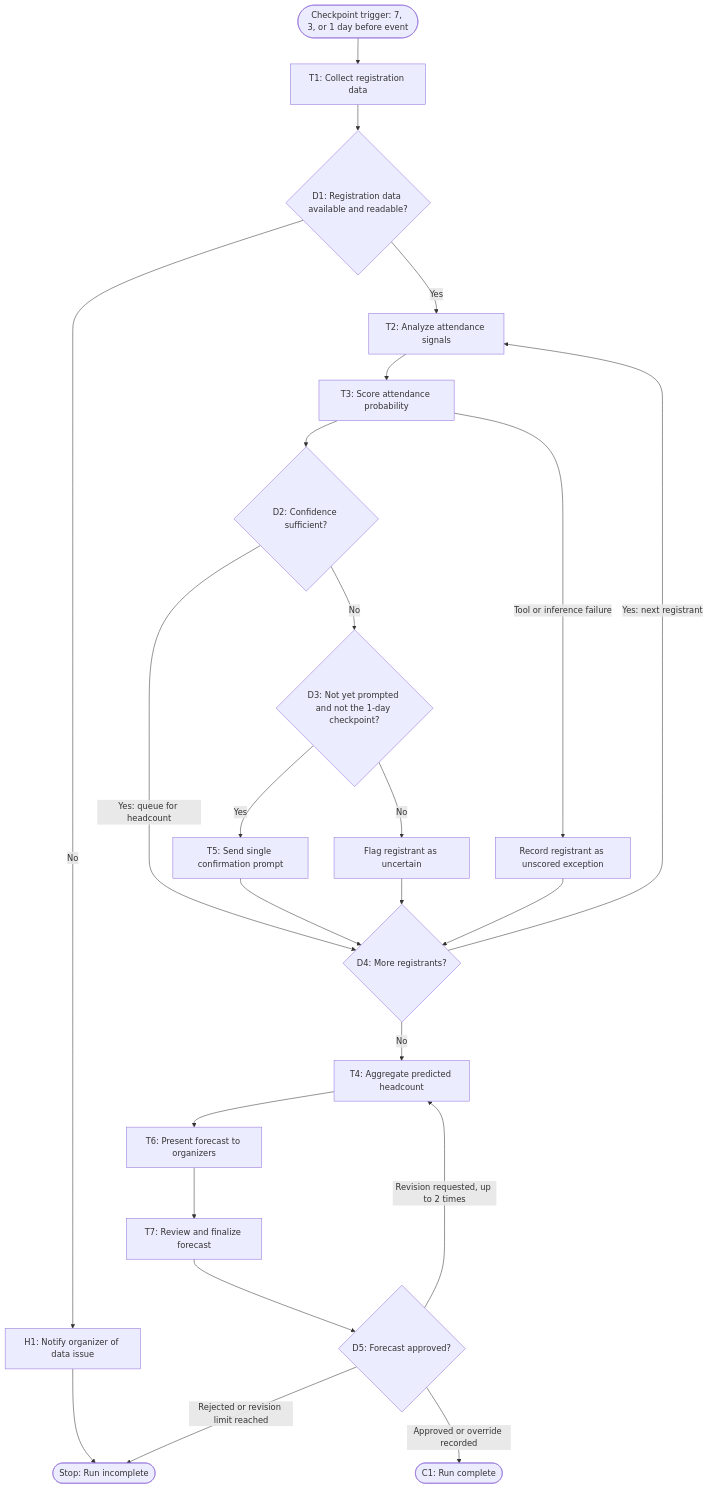
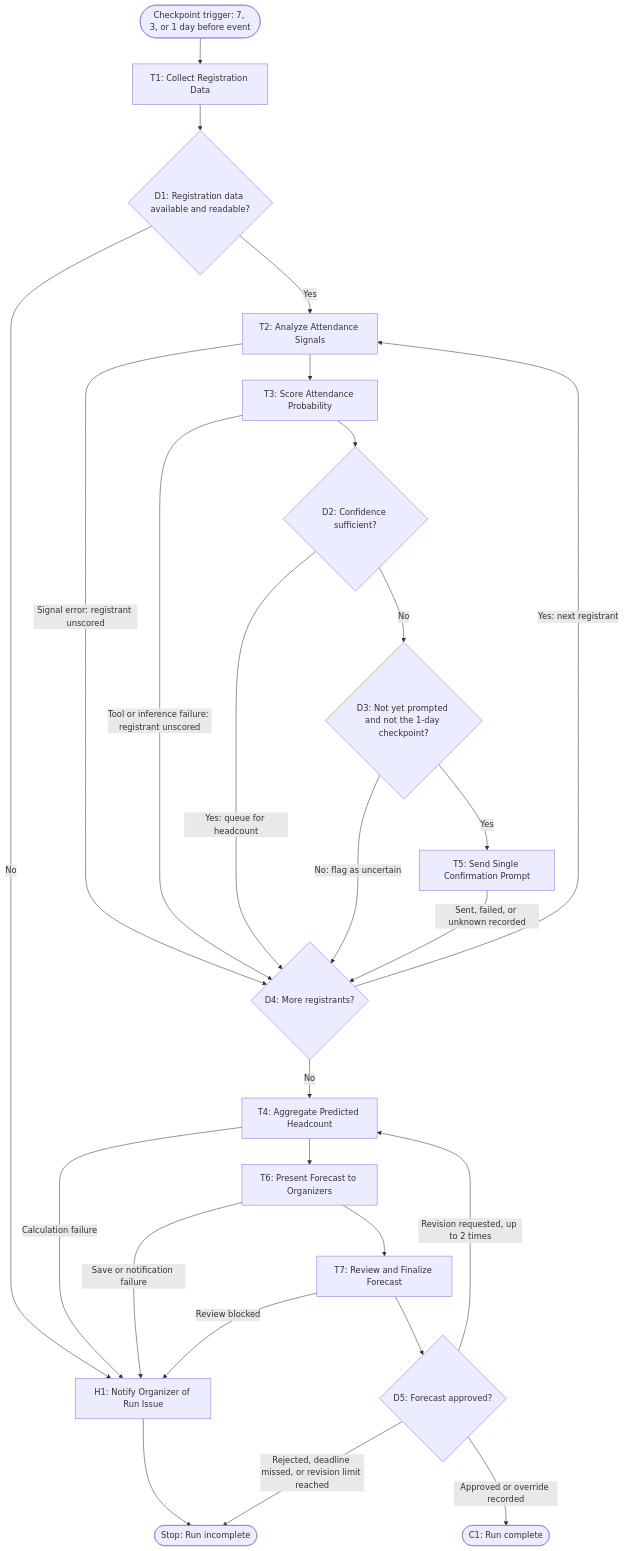
One commit to ChrisLim7/BUS4498_InClass_Builds changed the diagram in my_first_agent/agent/workflow-of-tasks.md. Above: the diagram before and after it, drawn with Mermaid. The commit also changed other lines of this file, not shown here.

Commit message:
Add failure paths and align task names with specifications

````diff
--- a/my_first_agent/agent/workflow-of-tasks.md
+++ b/my_first_agent/agent/workflow-of-tasks.md
@@ -29,26 +57,28 @@
 ```mermaid
 flowchart TD
-    S0([Checkpoint trigger: 7, 3, or 1 day before event]) --> T1[T1: Collect registration data]
+    S0([Checkpoint trigger: 7, 3, or 1 day before event]) --> T1[T1: Collect Registration Data]
     T1 --> D1{D1: Registration data available and readable?}
-    D1 -->|No| H1[H1: Notify organizer of data issue]
+    D1 -->|No| H1[H1: Notify Organizer of Run Issue]
     H1 --> E1([Stop: Run incomplete])
-    D1 -->|Yes| T2[T2: Analyze attendance signals]
-    T2 --> T3[T3: Score attendance probability]
-    T3 -->|Tool or inference failure| X1[Record registrant as unscored exception]
+    D1 -->|Yes| T2[T2: Analyze Attendance Signals]
+    T2 -->|Signal error: registrant unscored| D4{D4: More registrants?}
+    T2 --> T3[T3: Score Attendance Probability]
+    T3 -->|Tool or inference failure: registrant unscored| D4
     T3 --> D2{D2: Confidence sufficient?}
-    D2 -->|Yes: queue for headcount| D4{D4: More registrants?}
+    D2 -->|Yes: queue for headcount| D4
     D2 -->|No| D3{D3: Not yet prompted and not the 1-day checkpoint?}
-    D3 -->|Yes| T5[T5: Send single confirmation prompt]
-    D3 -->|No| F1[Flag registrant as uncertain]
-    T5 --> D4
-    F1 --> D4
-    X1 --> D4
+    D3 -->|Yes| T5[T5: Send Single Confirmation Prompt]
+    D3 -->|No: flag as uncertain| D4
+    T5 -->|Sent, failed, or unknown recorded| D4
     D4 -->|Yes: next registrant| T2
-    D4 -->|No| T4[T4: Aggregate predicted headcount]
-    T4 --> T6[T6: Present forecast to organizers]
-    T6 --> T7[T7: Review and finalize forecast]
+    D4 -->|No| T4[T4: Aggregate Predicted Headcount]
+    T4 -->|Calculation failure| H1
+    T4 --> T6[T6: Present Forecast to Organizers]
+    T6 -->|Save or notification failure| H1
+    T6 --> T7[T7: Review and Finalize Forecast]
+    T7 -->|Review blocked| H1
     T7 --> D5{D5: Forecast approved?}
     D5 -->|Approved or override recorded| C1([C1: Run complete])
     D5 -->|Revision requested, up to 2 times| T4
-    D5 -->|Rejected or revision limit reached| E1
+    D5 -->|Rejected, deadline missed, or revision limit reached| E1
 ```
````
